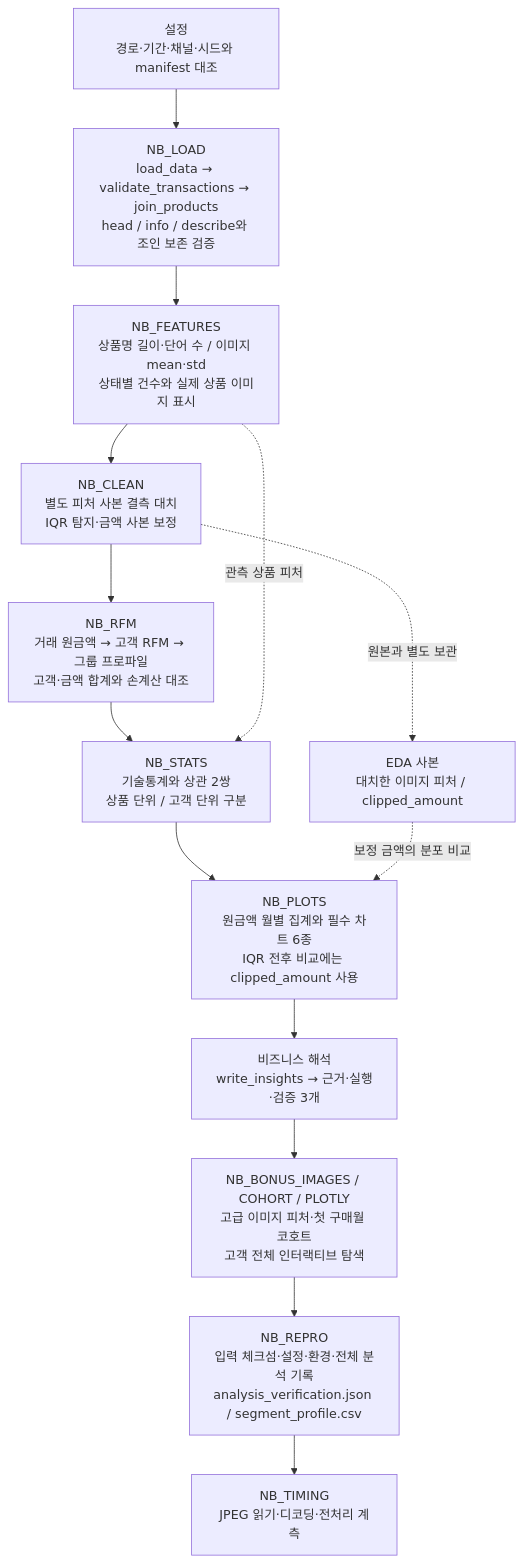
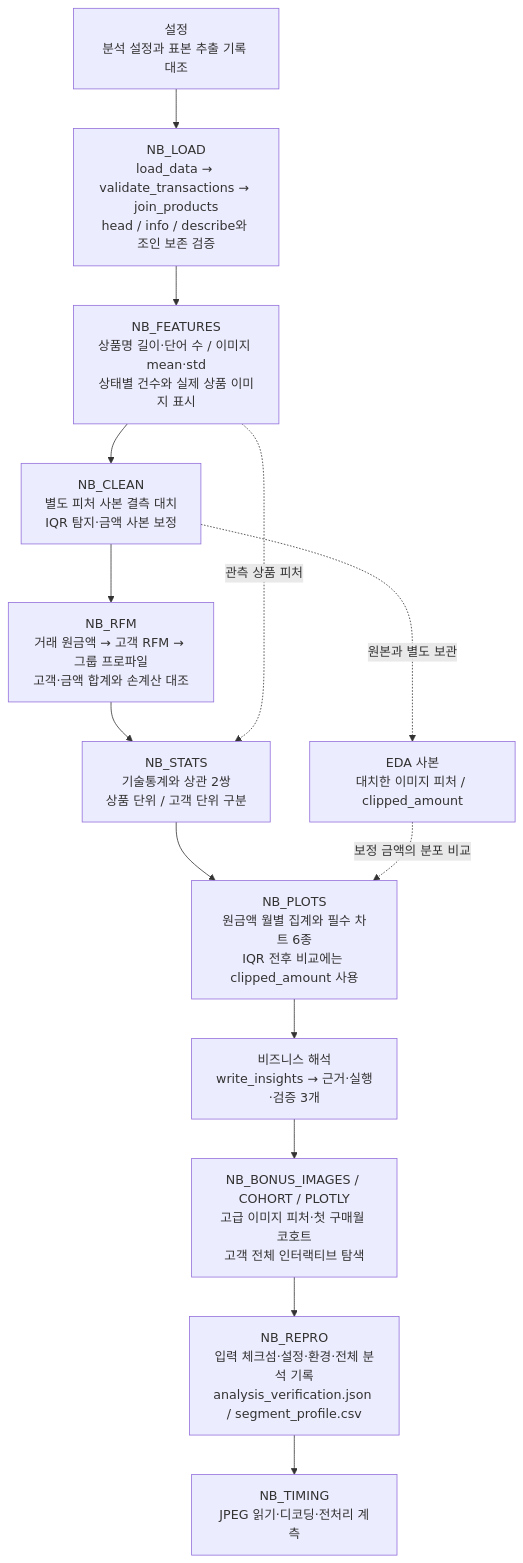
One commit to ntt65/A1_1 changed the third of 4 diagrams in README.md. Above: the diagram before and after it, drawn with Mermaid. The commit also changed other lines of this file and 6 other files, not shown here.

````diff
--- a/README.md
+++ b/README.md
@@ -606,19 +612,19 @@
 ```mermaid
 flowchart TD
-    SET["설정<br/>경로·기간·채널·시드와 manifest 대조"]
+    SET["설정<br/>분석 설정과 표본 추출 기록 대조"]
     LOAD["NB_LOAD<br/>load_data → validate_transactions → join_products<br/>head / info / describe와 조인 보존 검증"]
     FEAT["NB_FEATURES<br/>상품명 길이·단어 수 / 이미지 mean·std<br/>상태별 건수와 실제 상품 이미지 표시"]
     CLEAN["NB_CLEAN<br/>별도 피처 사본 결측 대치<br/>IQR 탐지·금액 사본 보정"]
     EDA["EDA 사본<br/>대치한 이미지 피처 / clipped_amount"]
     RFM["NB_RFM<br/>거래 원금액 → 고객 RFM → 그룹 프로파일<br/>고객·금액 합계와 손계산 대조"]
     STATS["NB_STATS<br/>기술통계와 상관 2쌍<br/>상품 단위 / 고객 단위 구분"]
     PLOTS["NB_PLOTS<br/>원금액 월별 집계와 필수 차트 6종<br/>IQR 전후 비교에는 clipped_amount 사용"]
     INSIGHT["비즈니스 해석<br/>write_insights → 근거·실행·검증 3개"]
     BONUS["NB_BONUS_IMAGES / COHORT / PLOTLY<br/>고급 이미지 피처·첫 구매월 코호트<br/>고객 전체 인터랙티브 탐색"]
     REPRO["NB_REPRO<br/>입력 체크섬·설정·환경·전체 분석 기록<br/>analysis_verification.json / segment_profile.csv"]
     TIMING["NB_TIMING<br/>JPEG 읽기·디코딩·전처리 계측"]
     SET --> LOAD --> FEAT --> CLEAN --> RFM --> STATS --> PLOTS --> INSIGHT --> BONUS --> REPRO --> TIMING
     CLEAN -. "원본과 별도 보관" .-> EDA
     EDA -. "보정 금액의 분포 비교" .-> PLOTS
     FEAT -. "관측 상품 피처" .-> STATS
 ```
````
